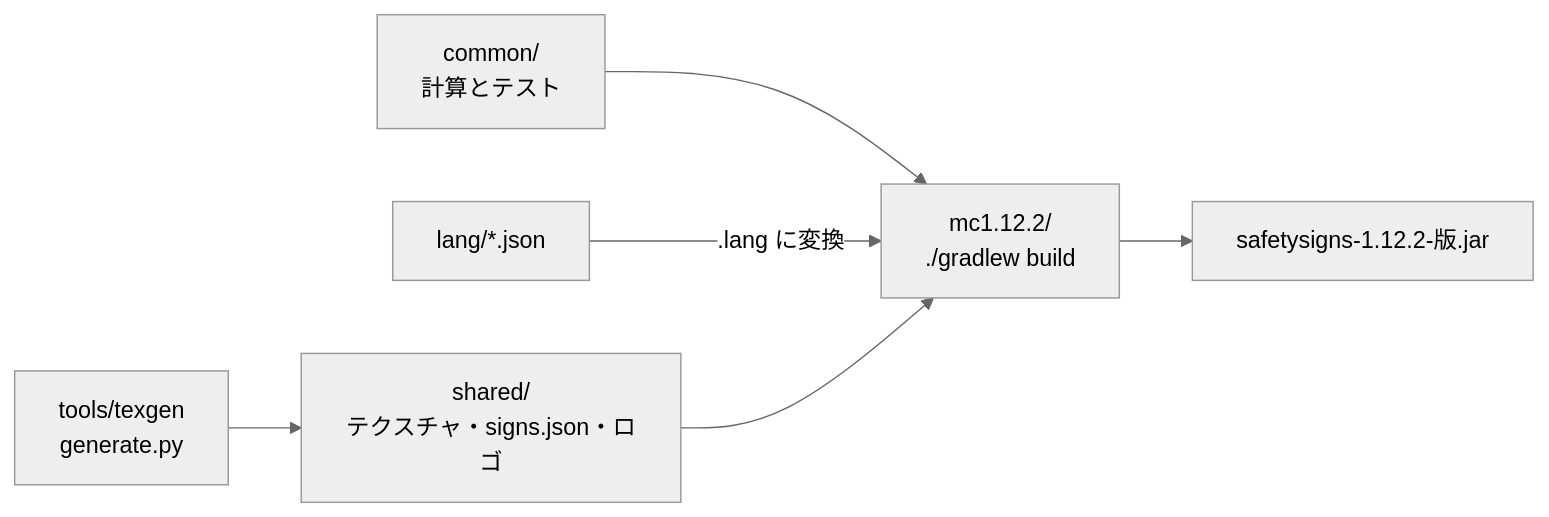
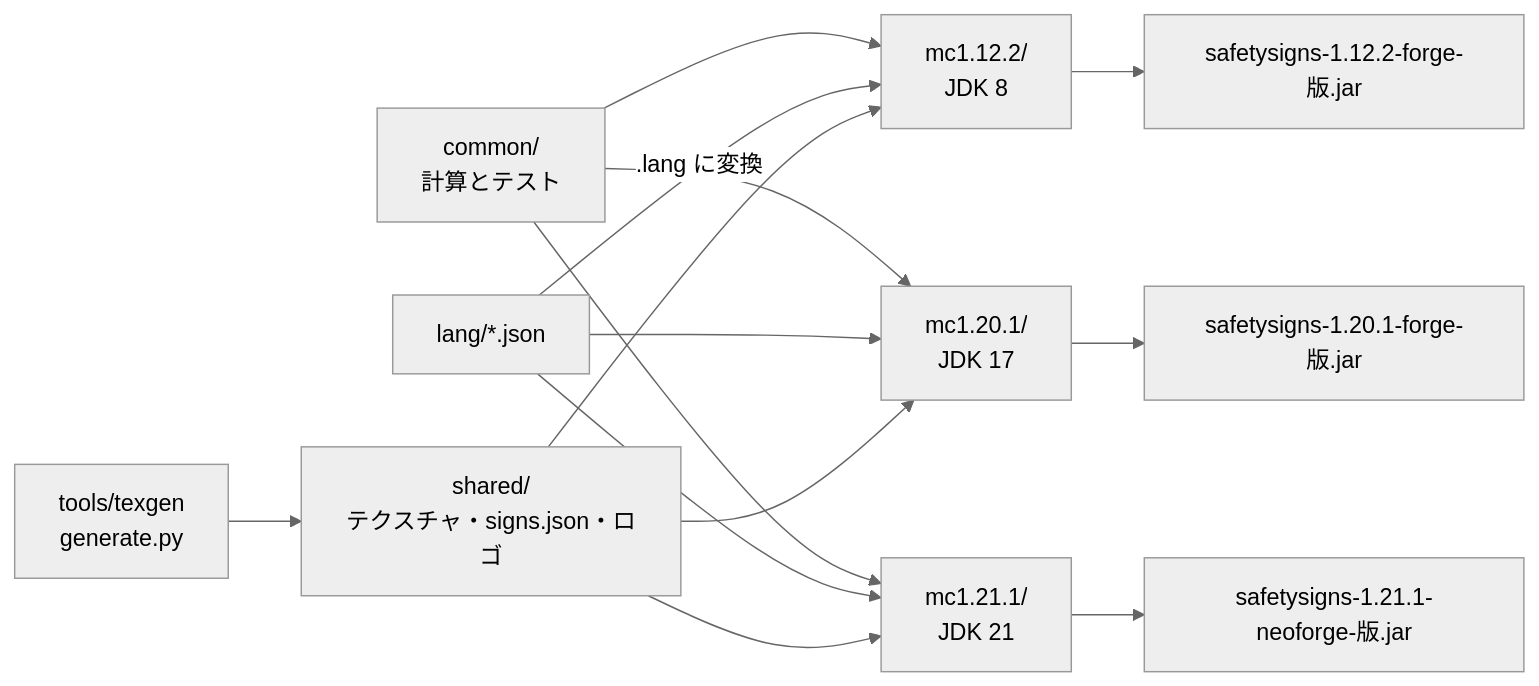
One commit to zeusisgood/safetysigns changed the first of 3 diagrams in doc/architecture.md. Above: the diagram before and after it, drawn with Mermaid (neutral theme). The commit also changed other lines of this file and 105 other files, not shown here.

````diff
--- a/doc/architecture.md
+++ b/doc/architecture.md
@@ -17,8 +20,16 @@
 ```mermaid
 flowchart LR
     Texgen["tools/texgen<br/>generate.py"] --> Shared["shared/<br/>テクスチャ・signs.json・ロゴ"]
     Common["common/<br/>計算とテスト"] --> B112
+    Common --> B120
+    Common --> B121
     Lang["lang/*.json"] -- .lang に変換 --> B112
-    Shared --> B112["mc1.12.2/<br/>./gradlew build"]
-    B112 --> Jar["safetysigns-1.12.2-版.jar"]
+    Lang --> B120
+    Lang --> B121
+    Shared --> B112["mc1.12.2/<br/>JDK 8"]
+    Shared --> B120["mc1.20.1/<br/>JDK 17"]
+    Shared --> B121["mc1.21.1/<br/>JDK 21"]
+    B112 --> Jar112["safetysigns-1.12.2-forge-版.jar"]
+    B120 --> Jar120["safetysigns-1.20.1-forge-版.jar"]
+    B121 --> Jar121["safetysigns-1.21.1-neoforge-版.jar"]
 ```
````
